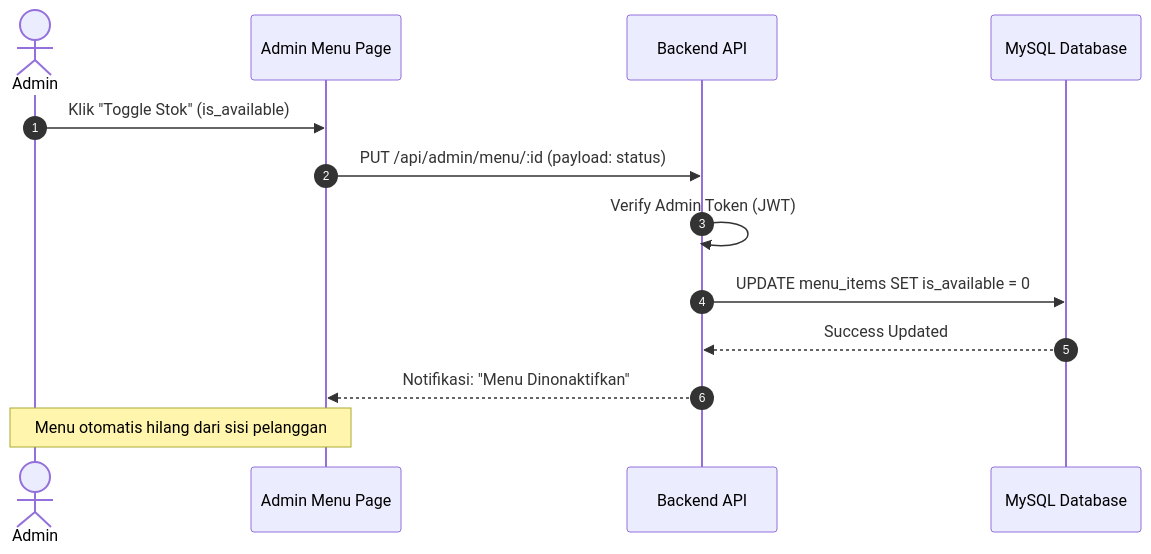
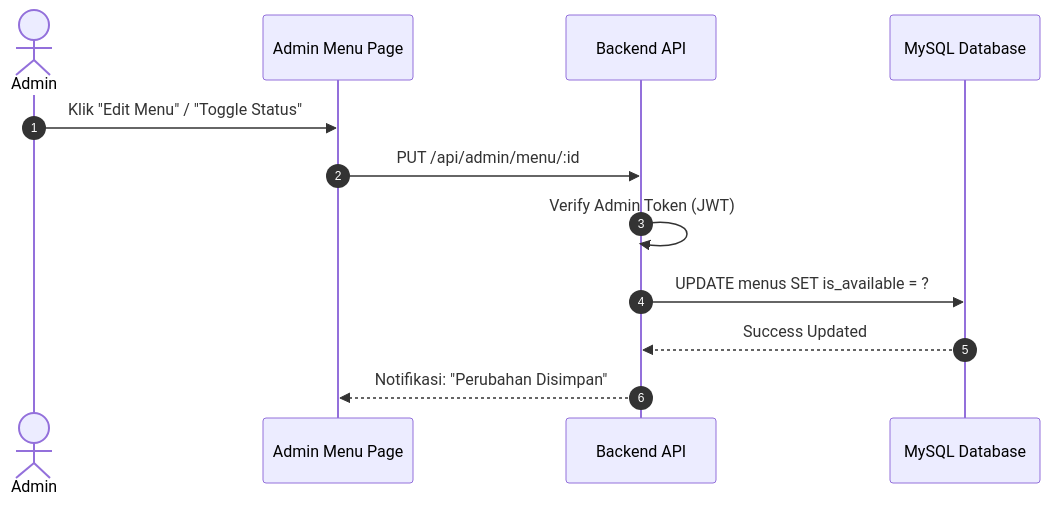
One commit to AkbarHusaini/website-reservasi-online-Ineri-suki changed the sixth of 8 diagrams in DIAGRAM.md. Above: the diagram before and after it, drawn with Mermaid. The commit also changed other lines of this file and 7 other files, not shown here.

Commit message:
Update: slimmed admin UI scaling, added logo favicon, updated project name and architecture diagrams

````diff
--- a/DIAGRAM.md
+++ b/DIAGRAM.md
@@ -158,17 +165,15 @@
 ```mermaid
 sequenceDiagram
     autonumber
     actor Admin
     participant FE as Admin Menu Page
     participant BE as Backend API
     participant DB as MySQL Database
 
-    Admin->>FE: Klik "Toggle Stok" (is_available)
-    FE->>BE: PUT /api/admin/menu/:id (payload: status)
+    Admin->>FE: Klik "Edit Menu" / "Toggle Status"
+    FE->>BE: PUT /api/admin/menu/:id
     BE->>BE: Verify Admin Token (JWT)
-    BE->>DB: UPDATE menu_items SET is_available = 0
+    BE->>DB: UPDATE menus SET is_available = ?
     DB-->>BE: Success Updated
-    BE-->>FE: Notifikasi: "Menu Dinonaktifkan"
-    
-    Note over Admin, FE: Menu otomatis hilang dari sisi pelanggan
+    BE-->>FE: Notifikasi: "Perubahan Disimpan"
 ```
````
